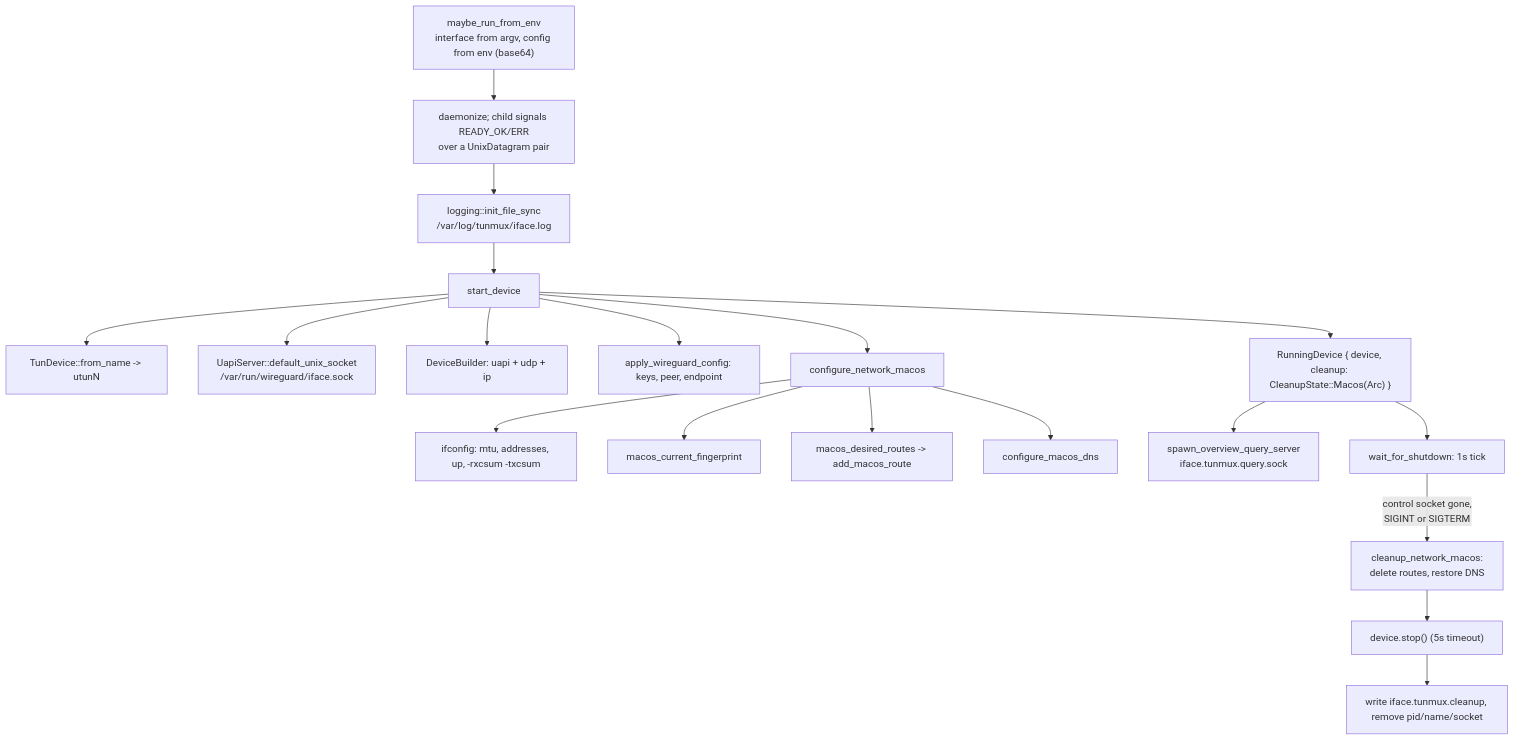
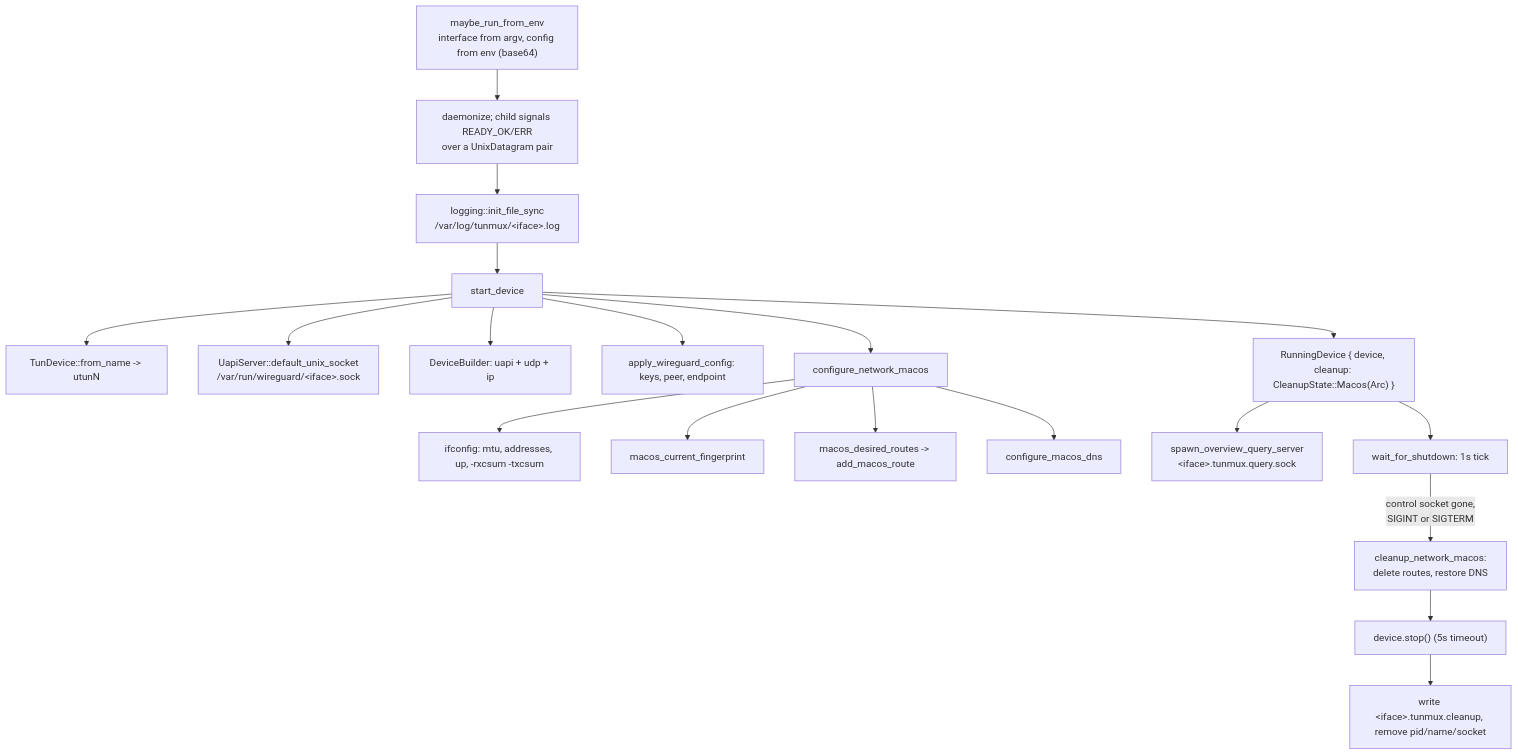
One commit to pansen/macos-wireguard-daemon changed the eighth of 11 diagrams in doc/architecture.md. Above: the diagram before and after it, drawn with Mermaid. The commit also changed other lines of this file and 1 other file, not shown here.

````diff
--- a/doc/architecture.md
+++ b/doc/architecture.md
@@ -357,26 +437,26 @@
 ```mermaid
 flowchart TB
     START["maybe_run_from_env<br/>interface from argv, config from env (base64)"]
     START --> DAEMONIZE["daemonize; child signals READY_OK/ERR<br/>over a UnixDatagram pair"]
-    DAEMONIZE --> LOGF["logging::init_file_sync<br/>/var/log/tunmux/iface.log"]
+    DAEMONIZE --> LOGF["logging::init_file_sync<br/>/var/log/tunmux/&lt;iface&gt;.log"]
     LOGF --> SD["start_device"]
 
     SD --> TUN["TunDevice::from_name -> utunN"]
-    SD --> UAPI["UapiServer::default_unix_socket<br/>/var/run/wireguard/iface.sock"]
+    SD --> UAPI["UapiServer::default_unix_socket<br/>/var/run/wireguard/&lt;iface&gt;.sock"]
     SD --> DEV["DeviceBuilder: uapi + udp + ip"]
     SD --> CFG["apply_wireguard_config: keys, peer, endpoint"]
     SD --> NET["configure_network_macos"]
 
     NET --> ADDR["ifconfig: mtu, addresses, up, -rxcsum -txcsum"]
     NET --> FP["macos_current_fingerprint"]
     NET --> ROUTES["macos_desired_routes -> add_macos_route"]
     NET --> DNS["configure_macos_dns"]
 
     SD --> RD["RunningDevice { device, cleanup: CleanupState::Macos(Arc) }"]
-    RD --> QS["spawn_overview_query_server<br/>iface.tunmux.query.sock"]
+    RD --> QS["spawn_overview_query_server<br/>&lt;iface&gt;.tunmux.query.sock"]
     RD --> WAIT["wait_for_shutdown: 1s tick"]
 
     WAIT -->|"control socket gone,<br/>SIGINT or SIGTERM"| TEAR["cleanup_network_macos:<br/>delete routes, restore DNS"]
     TEAR --> STOP["device.stop() (5s timeout)"]
-    STOP --> STATUS["write iface.tunmux.cleanup, remove pid/name/socket"]
+    STOP --> STATUS["write &lt;iface&gt;.tunmux.cleanup, remove pid/name/socket"]
 ```
````
